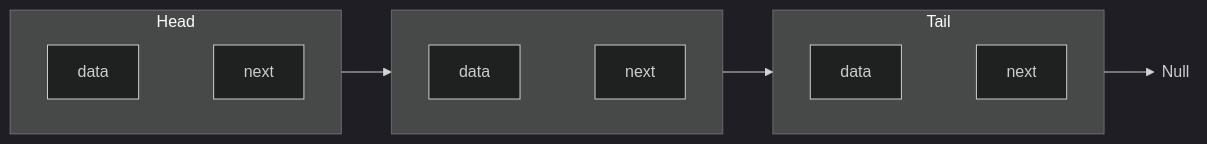
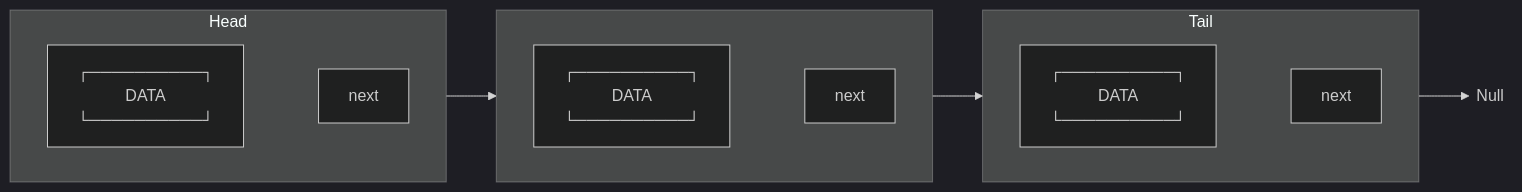
The first of 3 diagrams in README.md (ViktSh-SPb/Java-Learn), drawn with Mermaid (dark theme) before and after one commit. The commit also changed other lines of this file, not shown here.

````diff
--- a/README.md
+++ b/README.md
@@ -6,20 +6,26 @@
 ```mermaid
 %%{init: {'config': {'width': '100%', 'useMaxWidth': true}}}%%
 flowchart LR
     subgraph NodeA["Head"]
         direction LR
-        A_val[data] ~~~ A_next[next]
+        A_val[┌──────────┐
+        DATA
+        └──────────┘] ~~~ A_next[next]
     end
     subgraph NodeB[" "]
         direction LR
-        B_val[data] ~~~ B_next[next]
+        B_val[┌──────────┐
+        DATA
+        └──────────┘] ~~~ B_next[next]
     end
     subgraph NodeC["Tail"]
         direction LR
-        C_val[data] ~~~ C_next[next]
+        C_val[┌──────────┐
+        DATA
+        └──────────┘] ~~~ C_next[next]
     end
     A_next --> NodeB
     B_next --> NodeC
     C_next --> NodeD@{ shape: text, label: "Null" }
 
 ```
````
